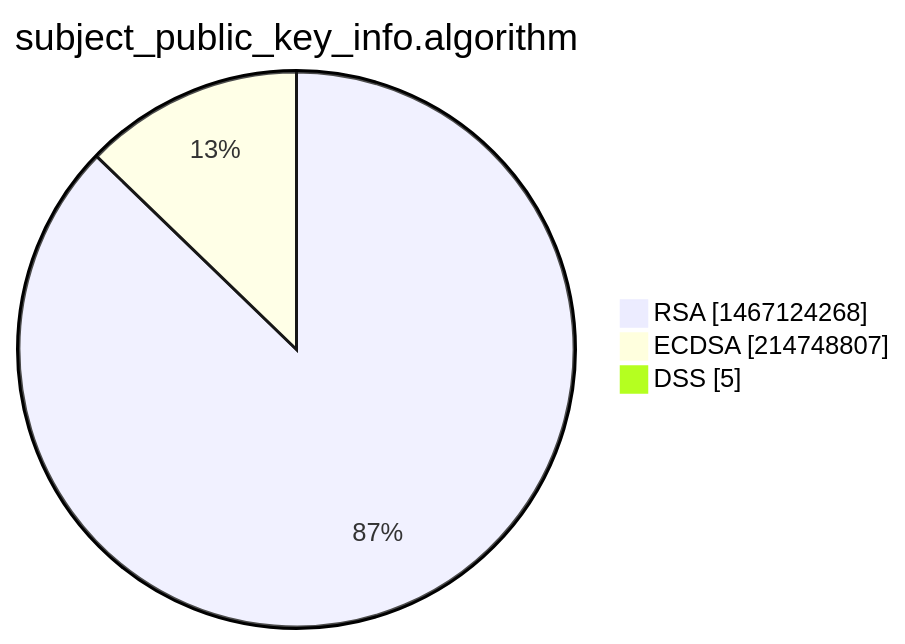
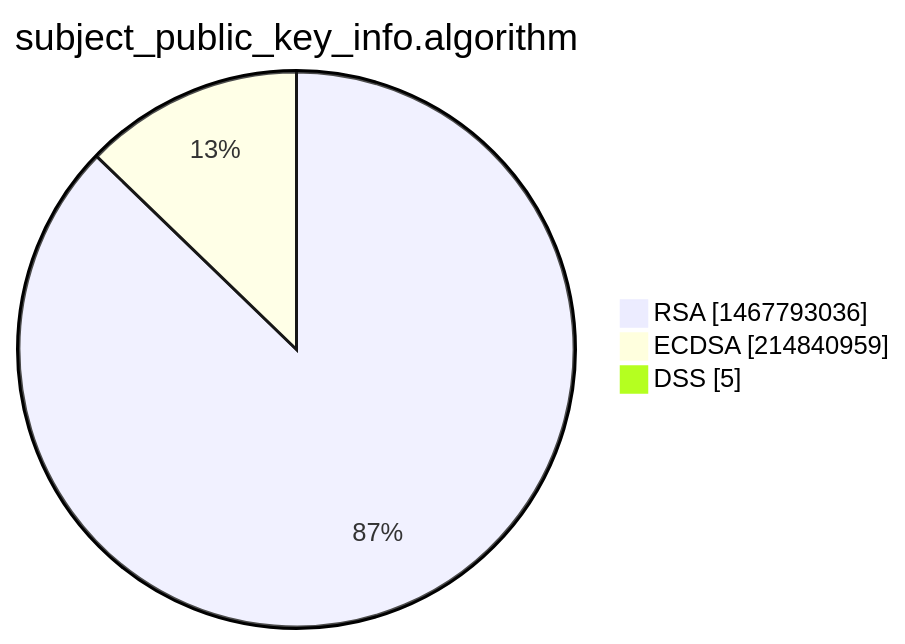
Before and after one commit to christiankrug/ctmonitor_visualization: the third of 15 diagrams in xenon2022/README.md, drawn with Mermaid. The commit also changed other lines of this file, not shown here.

````diff
--- a/xenon2022/README.md
+++ b/xenon2022/README.md
@@ -14,7 +14,7 @@
 ```mermaid
 pie showData
 title subject_public_key_info.algorithm
-"RSA" :1467124268
-"ECDSA" :214748807
+"RSA" :1467793036
+"ECDSA" :214840959
 "DSS" :5
 ```
````
